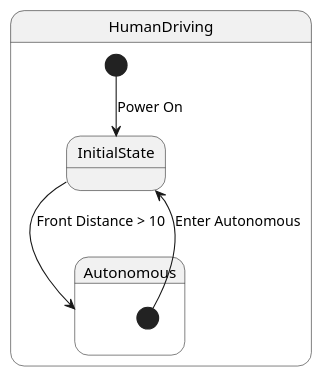
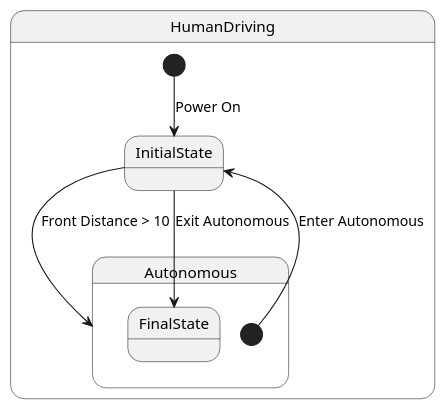
Before and after one commit to HansBug/research_ideas: the first of 7 diagrams in project_1_llm_state_machine_modeling/paper_stm_repair/reports/2026-07-19-issue-161-plantuml-java-frontend.md, drawn with PlantUML. The commit also changed other lines of this file and 1 other file, not shown here.

````diff
--- a/project_1_llm_state_machine_modeling/paper_stm_repair/reports/2026-07-19-issue-161-plantuml-java-frontend.md
+++ b/project_1_llm_state_machine_modeling/paper_stm_repair/reports/2026-07-19-issue-161-plantuml-java-frontend.md
@@ -113,9 +59,10 @@
 ```plantuml
 state HumanDriving {
     [*] --> InitialState : Power On
     InitialState --> Autonomous : Front Distance > 10
 }
 state Autonomous {
     [*] --> InitialState : Enter Autonomous
+    InitialState --> FinalState : Exit Autonomous
 }
 ```
````
